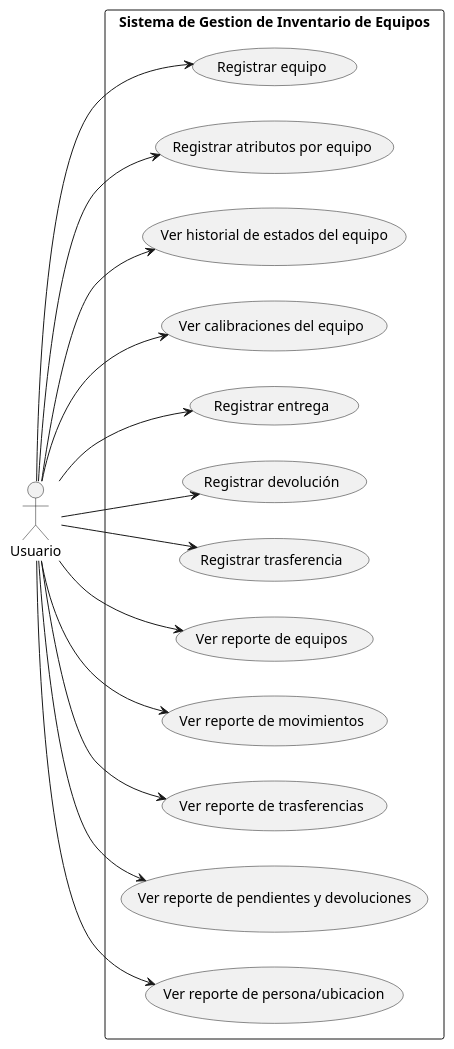
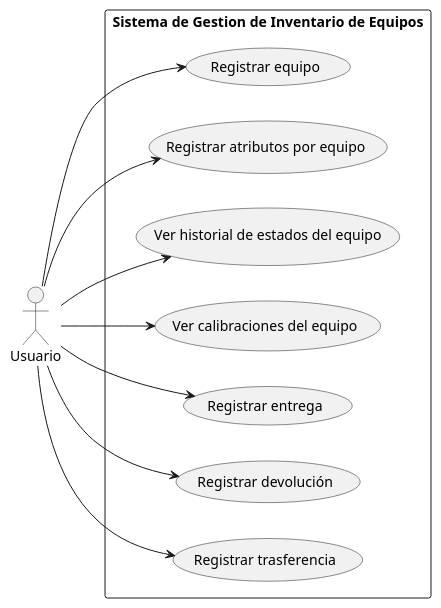
Before and after one commit to JordanNoah7/Conquistadores: the diagram in UML_PlantUML_GIV/CaseUses/Usuario.puml, drawn with PlantUML. The commit also changed 3 other files, not shown here.

```diff
--- a/UML_PlantUML_GIV/CaseUses/Usuario.puml
+++ b/UML_PlantUML_GIV/CaseUses/Usuario.puml
@@ -1,30 +1,30 @@
 @startuml Usuario
 left to right direction
 actor "Usuario" as u
 rectangle "Sistema de Gestion de Inventario de Equipos" {
     usecase "Registrar equipo" as uc1
     usecase "Registrar atributos por equipo" as uc2
     usecase "Ver historial de estados del equipo" as uc3
     usecase "Ver calibraciones del equipo" as uc4
     usecase "Registrar entrega" as uc5
     usecase "Registrar devolución" as uc6
     usecase "Registrar trasferencia" as uc7
-    usecase "Ver reporte de equipos" as uc8
-    usecase "Ver reporte de movimientos" as uc9
-    usecase "Ver reporte de trasferencias" as uc10
-    usecase "Ver reporte de pendientes y devoluciones" as uc11
-    usecase "Ver reporte de persona/ubicacion" as uc12
+    ' usecase "Ver reporte de equipos" as uc8
+    ' usecase "Ver reporte de movimientos" as uc9
+    ' usecase "Ver reporte de trasferencias" as uc10
+    ' usecase "Ver reporte de pendientes y devoluciones" as uc11
+    ' usecase "Ver reporte de persona/ubicacion" as uc12
 }
 u --> uc1
 u --> uc2
 u --> uc3
 u --> uc4
 u --> uc5
 u --> uc6
 u --> uc7
-u --> uc8
-u --> uc9
-u --> uc10
-u --> uc11
-u --> uc12
+' u --> uc8
+' u --> uc9
+' u --> uc10
+' u --> uc11
+' u --> uc12
 @enduml
```
